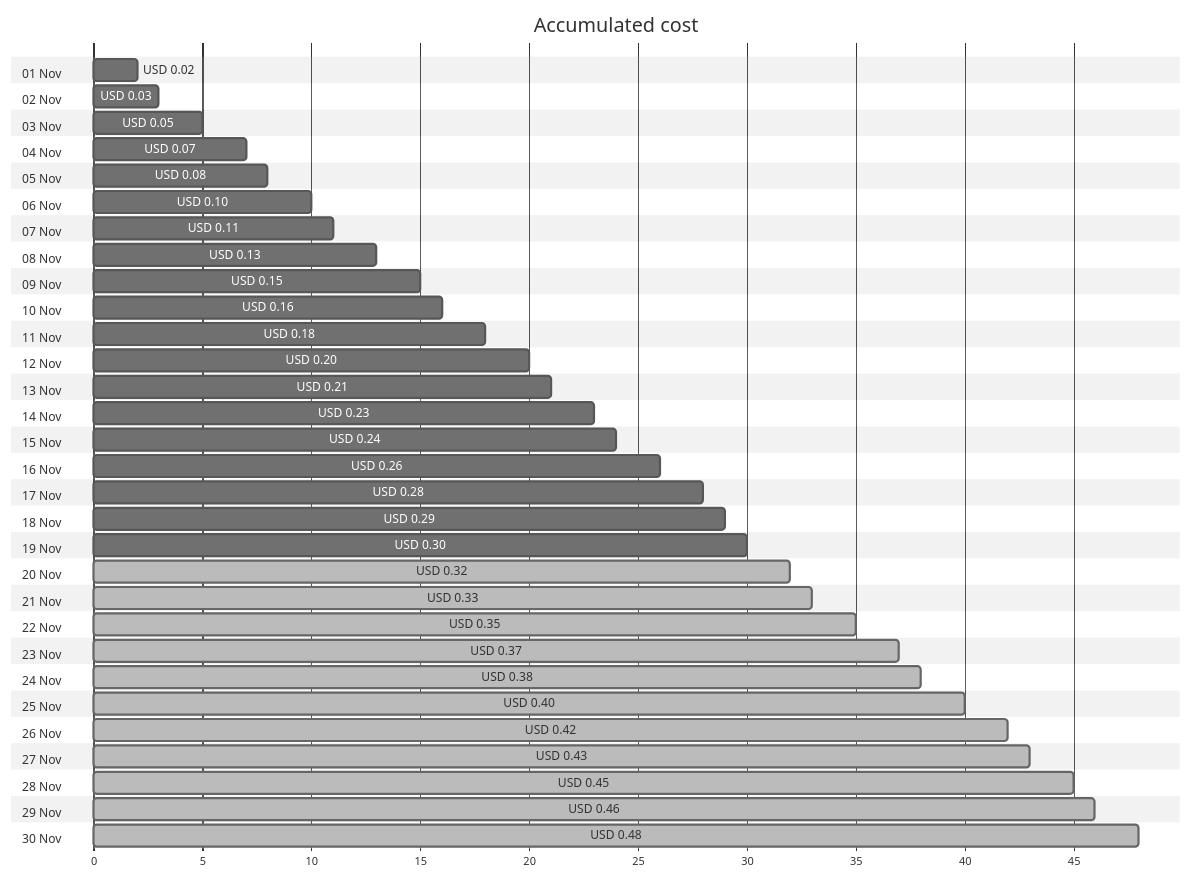
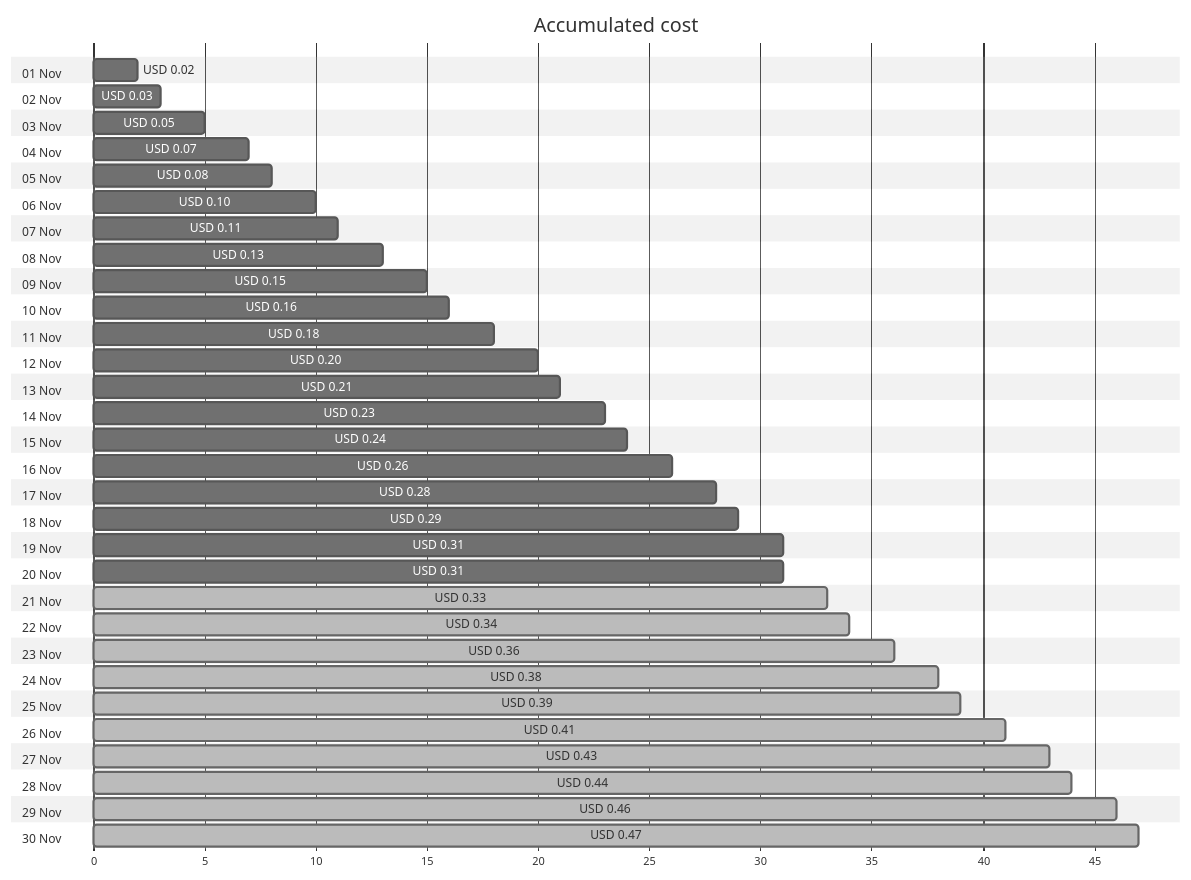
Before and after one commit to jpfulton/azure-personal-reports: the first of 4 diagrams in cost-reports/personal-dns/jpatrickfulton.com.md, drawn with Mermaid (neutral theme). The commit also changed other lines of this file and 2 other files, not shown here.

Commit message:
Generated reports [skip ci]

````diff
--- a/cost-reports/personal-dns/jpatrickfulton.com.md
+++ b/cost-reports/personal-dns/jpatrickfulton.com.md
@@ -20,66 +20,66 @@
 ```mermaid
 gantt
    title Accumulated cost
    dateFormat  X
    axisFormat %s
    section 01 Nov
    USD 0.02 :0, 2
    section 02 Nov
    USD 0.03 :0, 3
    section 03 Nov
    USD 0.05 :0, 5
    section 04 Nov
    USD 0.07 :0, 7
    section 05 Nov
    USD 0.08 :0, 8
    section 06 Nov
    USD 0.10 :0, 10
    section 07 Nov
    USD 0.11 :0, 11
    section 08 Nov
    USD 0.13 :0, 13
    section 09 Nov
    USD 0.15 :0, 15
    section 10 Nov
    USD 0.16 :0, 16
    section 11 Nov
    USD 0.18 :0, 18
    section 12 Nov
    USD 0.20 :0, 20
    section 13 Nov
    USD 0.21 :0, 21
    section 14 Nov
    USD 0.23 :0, 23
    section 15 Nov
    USD 0.24 :0, 24
    section 16 Nov
    USD 0.26 :0, 26
    section 17 Nov
    USD 0.28 :0, 28
    section 18 Nov
    USD 0.29 :0, 29
    section 19 Nov
-   USD 0.30 :0, 30
+   USD 0.31 :0, 31
    section 20 Nov
-   USD 0.32 : done, 0, 32
+   USD 0.31 :0, 31
    section 21 Nov
    USD 0.33 : done, 0, 33
    section 22 Nov
-   USD 0.35 : done, 0, 35
+   USD 0.34 : done, 0, 34
    section 23 Nov
-   USD 0.37 : done, 0, 37
+   USD 0.36 : done, 0, 36
    section 24 Nov
    USD 0.38 : done, 0, 38
    section 25 Nov
-   USD 0.40 : done, 0, 40
+   USD 0.39 : done, 0, 39
    section 26 Nov
-   USD 0.42 : done, 0, 42
+   USD 0.41 : done, 0, 41
    section 27 Nov
    USD 0.43 : done, 0, 43
    section 28 Nov
-   USD 0.45 : done, 0, 45
+   USD 0.44 : done, 0, 44
    section 29 Nov
    USD 0.46 : done, 0, 46
    section 30 Nov
-   USD 0.48 : done, 0, 48
+   USD 0.47 : done, 0, 47
 ```
````
